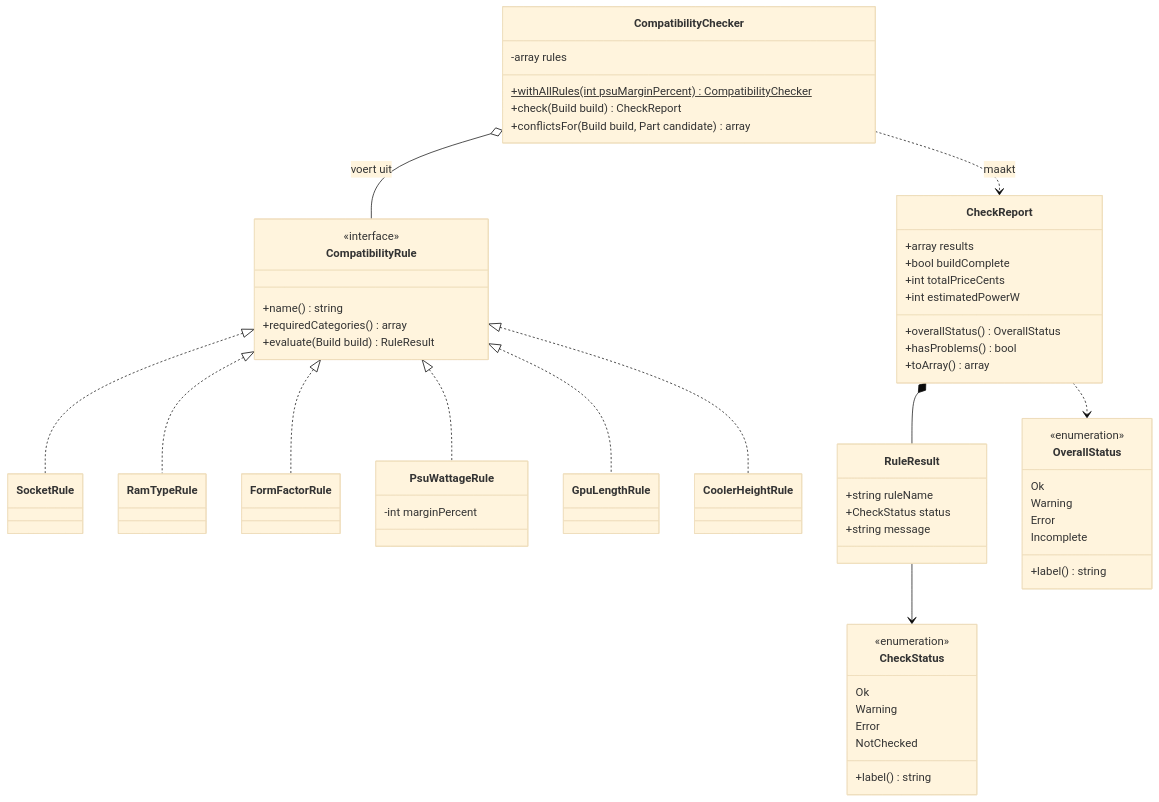
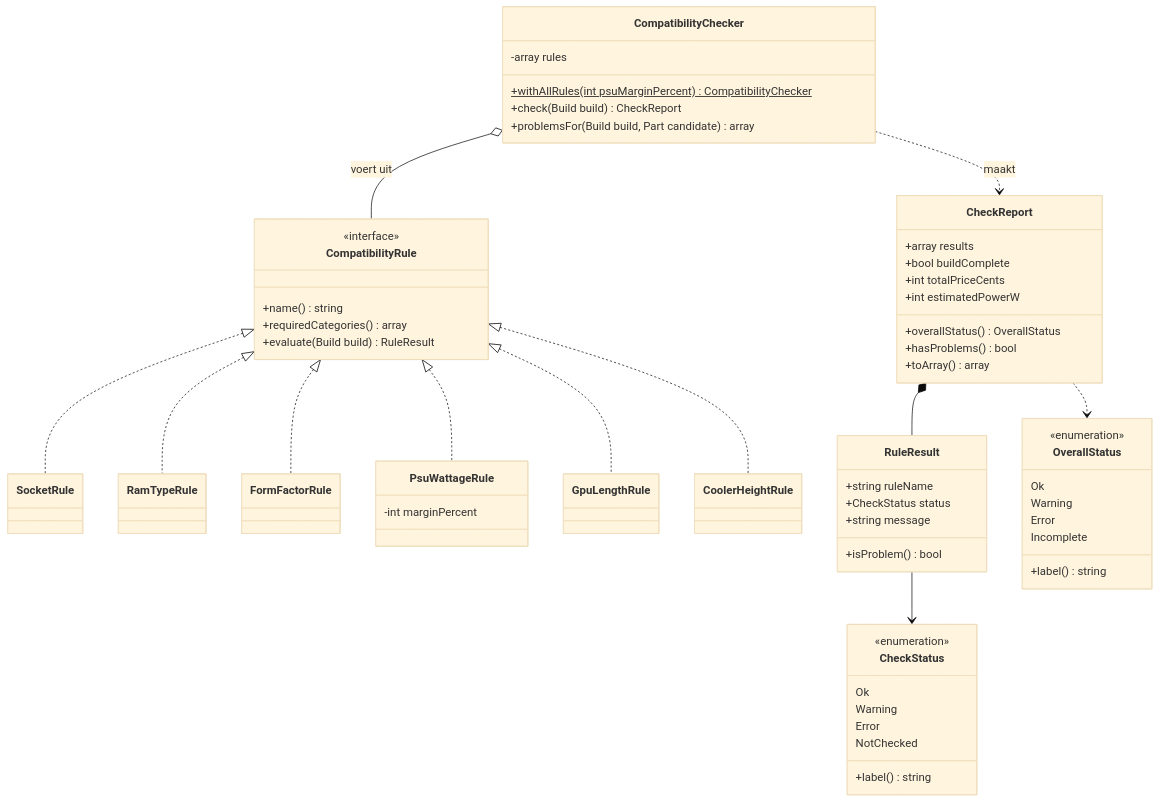
One commit to Niels023/pc-bouwplanner changed the fifth of 9 diagrams in docs/ontwerp.md. Above: the diagram before and after it, drawn with Mermaid (base theme). The commit also changed other lines of this file and 4 other files, not shown here.

````diff
--- a/docs/ontwerp.md
+++ b/docs/ontwerp.md
@@ -330,65 +334,66 @@
 ```mermaid
 classDiagram
     class CompatibilityRule {
         <<interface>>
         +name() string
         +requiredCategories() array
         +evaluate(Build build) RuleResult
     }
     class SocketRule
     class RamTypeRule
     class FormFactorRule
     class PsuWattageRule {
         -int marginPercent
     }
     class GpuLengthRule
     class CoolerHeightRule
     class CompatibilityChecker {
         -array rules
         +withAllRules(int psuMarginPercent) CompatibilityChecker$
         +check(Build build) CheckReport
-        +conflictsFor(Build build, Part candidate) array
+        +problemsFor(Build build, Part candidate) array
     }
     class CheckReport {
         +array results
         +bool buildComplete
         +int totalPriceCents
         +int estimatedPowerW
         +overallStatus() OverallStatus
         +hasProblems() bool
         +toArray() array
     }
     class RuleResult {
         +string ruleName
         +CheckStatus status
         +string message
+        +isProblem() bool
     }
     class CheckStatus {
         <<enumeration>>
         Ok
         Warning
         Error
         NotChecked
         +label() string
     }
     class OverallStatus {
         <<enumeration>>
         Ok
         Warning
         Error
         Incomplete
         +label() string
     }
 
     CompatibilityRule <|.. SocketRule
     CompatibilityRule <|.. RamTypeRule
     CompatibilityRule <|.. FormFactorRule
     CompatibilityRule <|.. PsuWattageRule
     CompatibilityRule <|.. GpuLengthRule
     CompatibilityRule <|.. CoolerHeightRule
     CompatibilityChecker o-- CompatibilityRule : voert uit
     CompatibilityChecker ..> CheckReport : maakt
     CheckReport *-- RuleResult
     RuleResult --> CheckStatus
     CheckReport ..> OverallStatus
 ```
````
